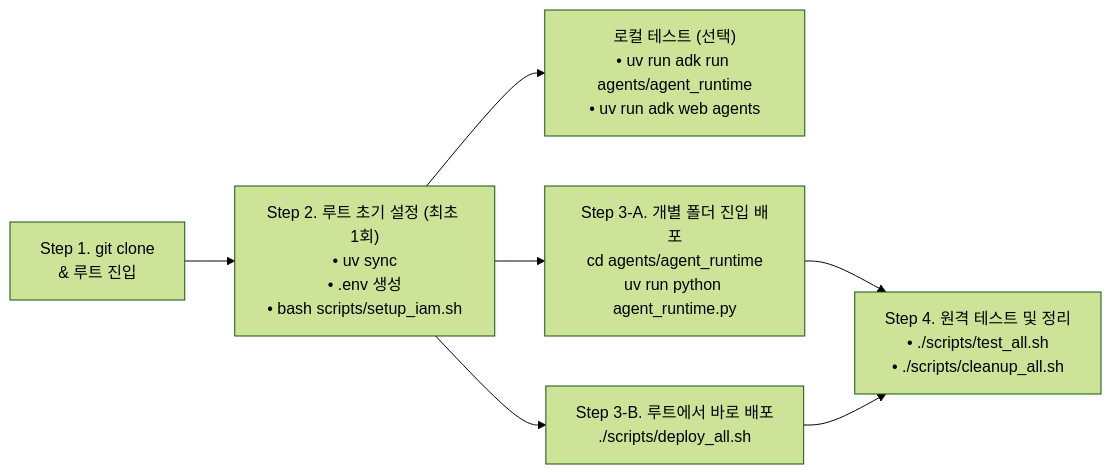
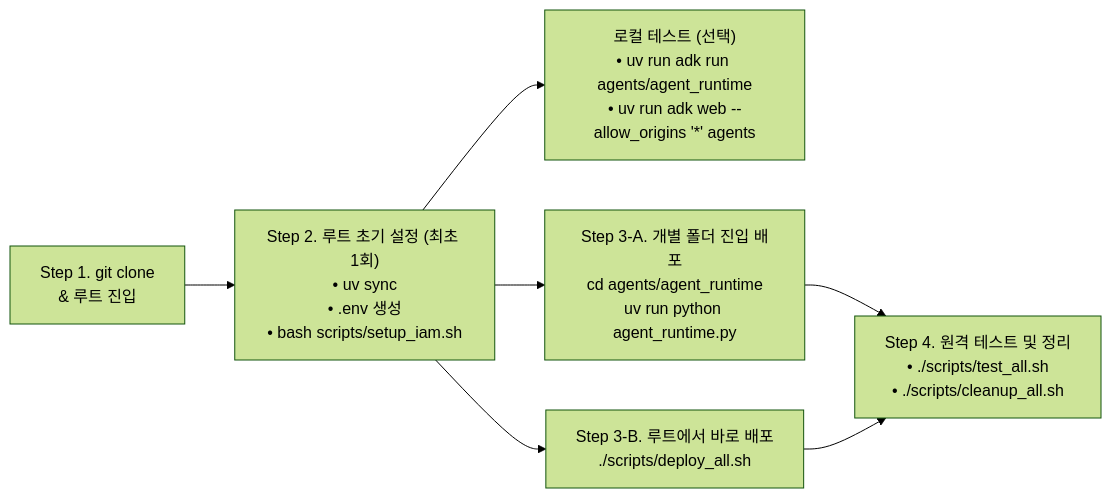
One commit to kiwonilee/gemini-enterprise-agent-platform changed the diagram in README.md. Above: the diagram before and after it, drawn with Mermaid (forest theme). The commit also changed other lines of this file, not shown here.

Commit message:
docs: add --allow_origins '*' to adk web command for Cloud Shell proxy

````diff
--- a/README.md
+++ b/README.md
@@ -62,8 +62,8 @@
 ```mermaid
 flowchart LR
     Step1["Step 1. git clone\n& 루트 진입"] --> Step2["Step 2. 루트 초기 설정 (최초 1회)\n• uv sync\n• .env 생성\n• bash scripts/setup_iam.sh"]
-    Step2 --> StepLocal["로컬 테스트 (선택)\n• uv run adk run agents/agent_runtime\n• uv run adk web agents"]
+    Step2 --> StepLocal["로컬 테스트 (선택)\n• uv run adk run agents/agent_runtime\n• uv run adk web --allow_origins '*' agents"]
     Step2 --> Step3A["Step 3-A. 개별 폴더 진입 배포\ncd agents/agent_runtime\nuv run python agent_runtime.py"]
     Step2 --> Step3B["Step 3-B. 루트에서 바로 배포\n./scripts/deploy_all.sh"]
     Step3A & Step3B --> Step4["Step 4. 원격 테스트 및 정리\n• ./scripts/test_all.sh\n• ./scripts/cleanup_all.sh"]
 ```
````
